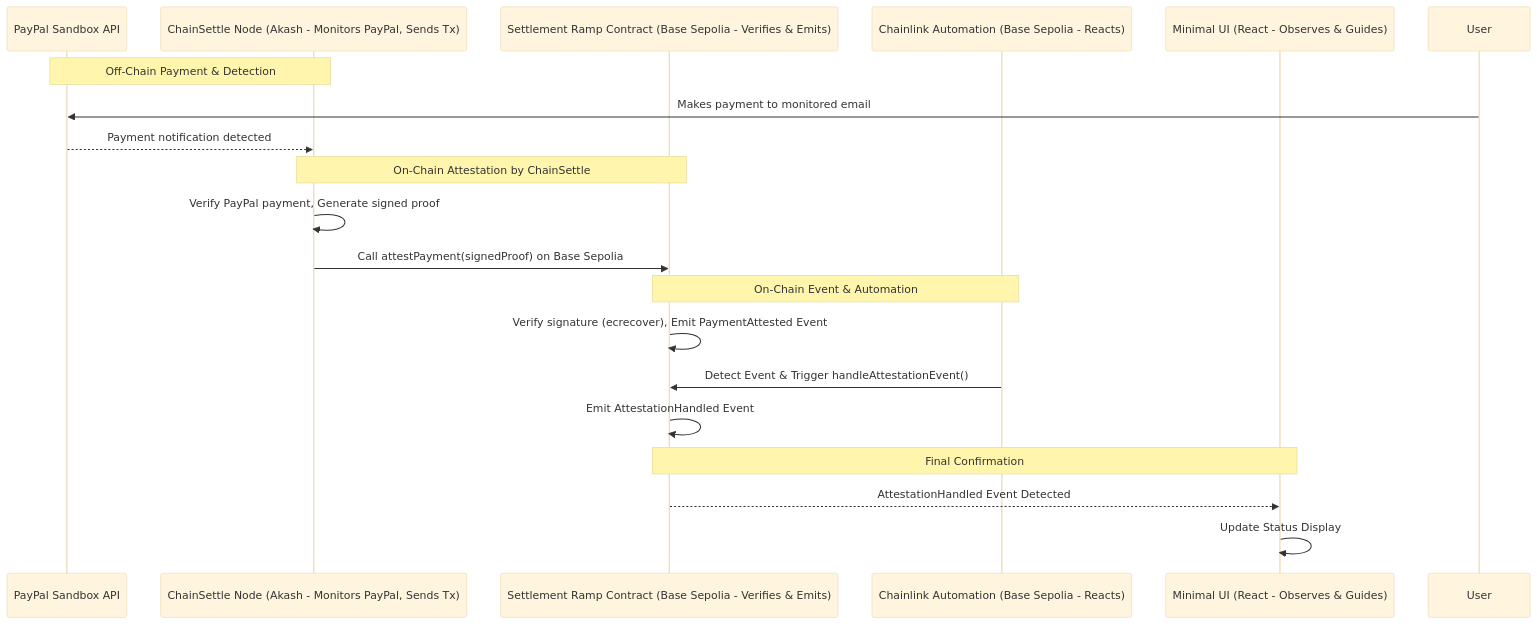
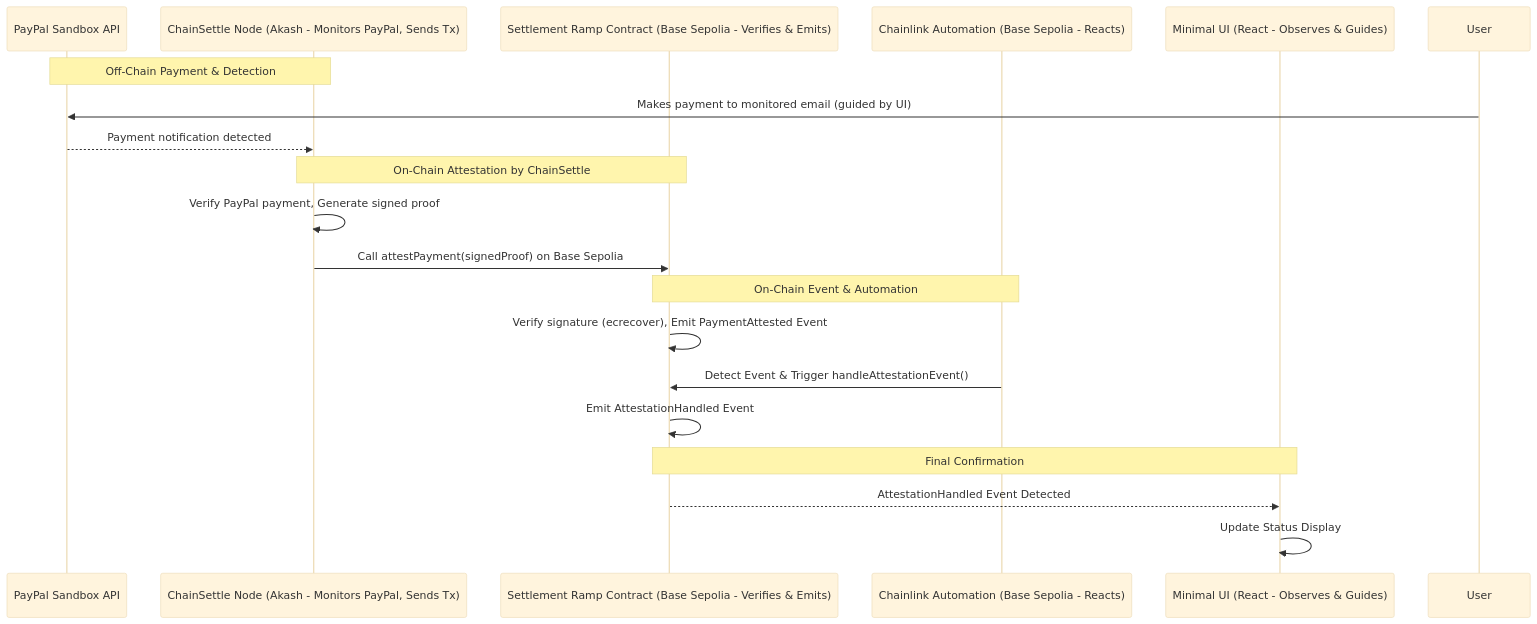
One commit to tapilew/settlement-ramp changed the diagram in README.md. Above: the diagram before and after it, drawn with Mermaid (base theme). The commit also changed other lines of this file, not shown here.

````diff
--- a/README.md
+++ b/README.md
@@ -98,25 +104,25 @@
 ```mermaid
 sequenceDiagram
     participant PayPal_Sandbox as PayPal Sandbox API
     participant ChainSettle as ChainSettle Node (Akash - Monitors PayPal, Sends Tx)
     participant Base_Contract as Settlement Ramp Contract (Base Sepolia - Verifies & Emits)
     participant CL_Automation as Chainlink Automation (Base Sepolia - Reacts)
     participant UI as Minimal UI (React - Observes & Guides)
 
     Note over PayPal_Sandbox, ChainSettle: Off-Chain Payment & Detection
-    User->>PayPal_Sandbox: Makes payment to monitored email
+    User->>PayPal_Sandbox: Makes payment to monitored email (guided by UI)
     PayPal_Sandbox-->>ChainSettle: Payment notification detected
 
     Note over ChainSettle, Base_Contract: On-Chain Attestation by ChainSettle
     ChainSettle->>ChainSettle: Verify PayPal payment, Generate signed proof
     ChainSettle->>Base_Contract: Call attestPayment(signedProof) on Base Sepolia
 
     Note over Base_Contract, CL_Automation: On-Chain Event & Automation
     Base_Contract->>Base_Contract: Verify signature (ecrecover), Emit PaymentAttested Event
     CL_Automation->>Base_Contract: Detect Event & Trigger handleAttestationEvent()
     Base_Contract->>Base_Contract: Emit AttestationHandled Event
 
     Note over Base_Contract, UI: Final Confirmation
     Base_Contract-->>UI: AttestationHandled Event Detected
     UI->>UI: Update Status Display
 ```
````
